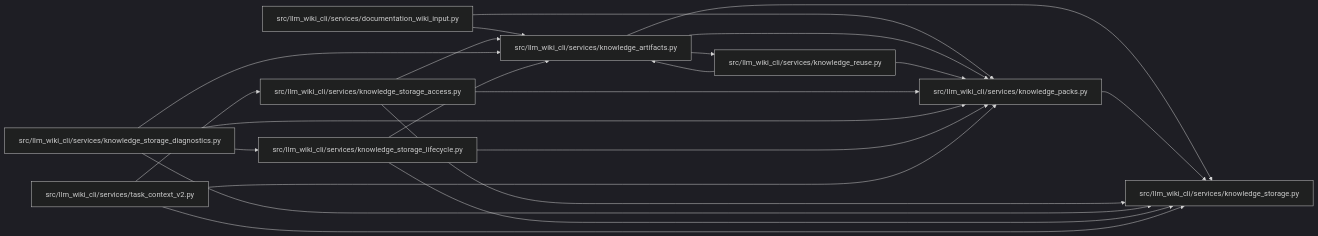
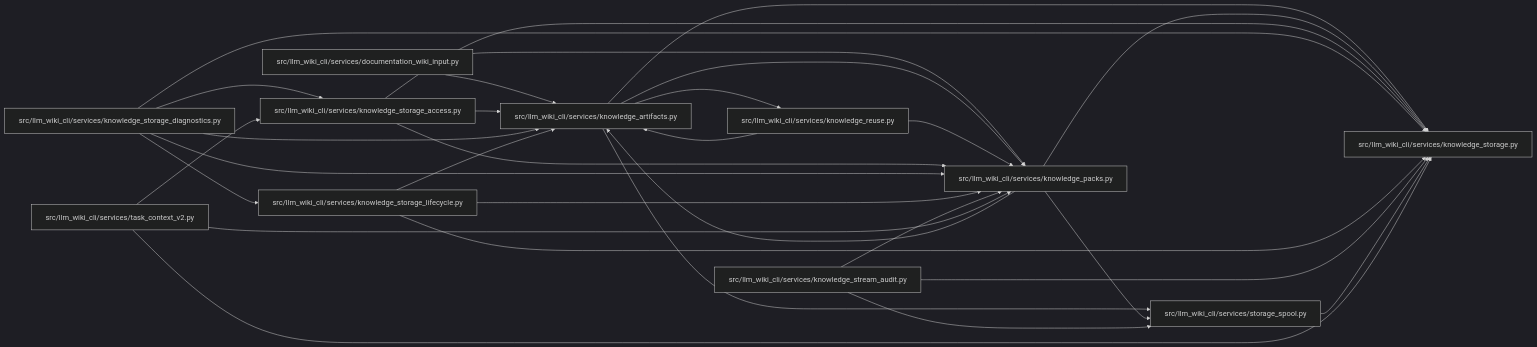
The diagram in docs/llm_wiki/modules/knowledge_packs.md (Denissvgn/python-wiki-llm), drawn with Mermaid (dark theme) before and after one commit. The commit also changed other lines of this file and 476 other files, not shown here.

Commit message:
Refresh the reference wiki with bounded manifest storage

````diff
--- a/docs/llm_wiki/modules/knowledge_packs.md
+++ b/docs/llm_wiki/modules/knowledge_packs.md
@@ -29,42 +32,54 @@
 ```mermaid
 flowchart LR
     n0["src/llm_wiki_cli/services/documentation_wiki_input.py"]
     n1["src/llm_wiki_cli/services/knowledge_artifacts.py"]
     n2["src/llm_wiki_cli/services/knowledge_packs.py"]
     n3["src/llm_wiki_cli/services/knowledge_reuse.py"]
     n4["src/llm_wiki_cli/services/knowledge_storage.py"]
     n5["src/llm_wiki_cli/services/knowledge_storage_access.py"]
     n6["src/llm_wiki_cli/services/knowledge_storage_diagnostics.py"]
     n7["src/llm_wiki_cli/services/knowledge_storage_lifecycle.py"]
-    n8["src/llm_wiki_cli/services/task_context_v2.py"]
+    n8["src/llm_wiki_cli/services/knowledge_stream_audit.py"]
+    n9["src/llm_wiki_cli/services/storage_spool.py"]
+    n10["src/llm_wiki_cli/services/task_context_v2.py"]
     n0 --> n1
     n0 --> n2
     n1 --> n2
     n1 --> n3
     n1 --> n4
+    n1 --> n9
+    n2 --> n1
     n2 --> n4
+    n2 --> n9
     n3 --> n1
     n3 --> n2
     n5 --> n1
     n5 --> n2
     n5 --> n4
     n6 --> n1
     n6 --> n2
     n6 --> n4
+    n6 --> n5
     n6 --> n7
     n7 --> n1
     n7 --> n2
     n7 --> n4
     n8 --> n2
     n8 --> n4
-    n8 --> n5
+    n8 --> n9
+    n9 --> n4
+    n10 --> n2
+    n10 --> n4
+    n10 --> n5
     click n0 "../modules/documentation_wiki_input.md"
     click n1 "../modules/knowledge_artifacts.md"
     click n2 "../modules/knowledge_packs.md"
     click n3 "../modules/knowledge_reuse.md"
     click n4 "../modules/knowledge_storage.md"
     click n5 "../modules/knowledge_storage_access.md"
     click n6 "../modules/knowledge_storage_diagnostics.md"
     click n7 "../modules/knowledge_storage_lifecycle.md"
-    click n8 "../modules/task_context_v2.md"
+    click n8 "../modules/knowledge_stream_audit.md"
+    click n9 "../modules/storage_spool.md"
+    click n10 "../modules/task_context_v2.md"
 ```
````
